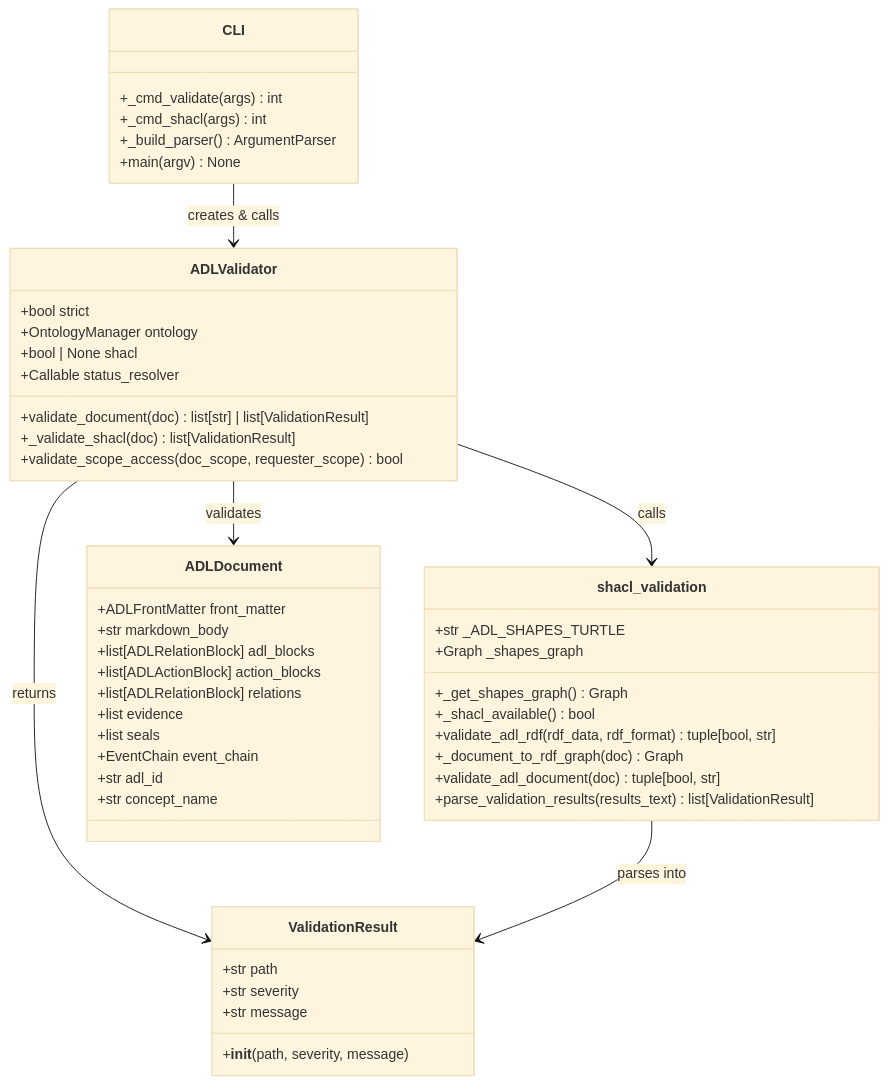
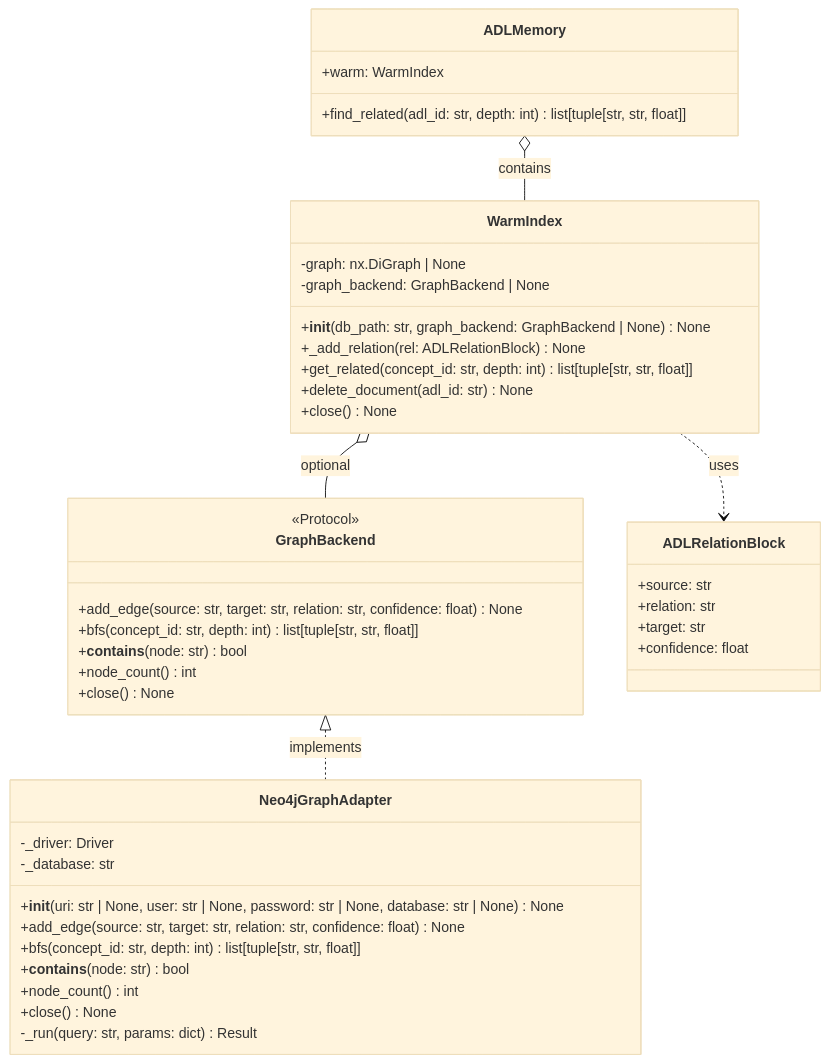
One commit to sunnyang1/adl-lite changed the first of 5 diagrams in docs/system_design.md. Above: the diagram before and after it, drawn with Mermaid (base theme). The commit also changed other lines of this file and 4 other files, not shown here.

Commit message:
docs: add F25 Neo4j adapter design docs and update Merkle anchor

````diff
--- a/docs/system_design.md
+++ b/docs/system_design.md
@@ -147,56 +90,50 @@
 ```mermaid
 classDiagram
-    class ValidationResult {
-        +str path
-        +str severity
-        +str message
-        +__init__(path, severity, message)
+    class GraphBackend {
+        <<Protocol>>
+        +add_edge(source: str, target: str, relation: str, confidence: float) None
+        +bfs(concept_id: str, depth: int) list[tuple[str, str, float]]
+        +__contains__(node: str) bool
+        +node_count() int
+        +close() None
     }
 
-    class ADLValidator {
-        +bool strict
-        +OntologyManager ontology
-        +bool | None shacl
-        +Callable status_resolver
-        +validate_document(doc) list[str] | list[ValidationResult]
-        +_validate_shacl(doc) list[ValidationResult]
-        +validate_scope_access(doc_scope, requester_scope) bool
+    class Neo4jGraphAdapter {
+        -_driver: Driver
+        -_database: str
+        +__init__(uri: str | None, user: str | None, password: str | None, database: str | None) None
+        +add_edge(source: str, target: str, relation: str, confidence: float) None
+        +bfs(concept_id: str, depth: int) list[tuple[str, str, float]]
+        +__contains__(node: str) bool
+        +node_count() int
+        +close() None
+        -_run(query: str, params: dict) Result
     }
 
-    class shacl_validation {
-        +str _ADL_SHAPES_TURTLE
-        +Graph _shapes_graph
-        +_get_shapes_graph() Graph
-        +_shacl_available() bool
-        +validate_adl_rdf(rdf_data, rdf_format) tuple[bool, str]
-        +_document_to_rdf_graph(doc) Graph
-        +validate_adl_document(doc) tuple[bool, str]
-        +parse_validation_results(results_text) list[ValidationResult]
+    class WarmIndex {
+        -graph: nx.DiGraph | None
+        -graph_backend: GraphBackend | None
+        +__init__(db_path: str, graph_backend: GraphBackend | None) None
+        +_add_relation(rel: ADLRelationBlock) None
+        +get_related(concept_id: str, depth: int) list[tuple[str, str, float]]
+        +delete_document(adl_id: str) None
+        +close() None
     }
 
-    class ADLDocument {
-        +ADLFrontMatter front_matter
-        +str markdown_body
-        +list[ADLRelationBlock] adl_blocks
-        +list[ADLActionBlock] action_blocks
-        +list[ADLRelationBlock] relations
-        +list evidence
-        +list seals
-        +EventChain event_chain
-        +str adl_id
-        +str concept_name
+    class ADLRelationBlock {
+        +source: str
+        +relation: str
+        +target: str
+        +confidence: float
     }
 
-    class CLI {
-        +_cmd_validate(args) int
-        +_cmd_shacl(args) int
-        +_build_parser() ArgumentParser
-        +main(argv) None
+    class ADLMemory {
+        +warm: WarmIndex
+        +find_related(adl_id: str, depth: int) list[tuple[str, str, float]]
     }
 
-    ADLValidator --> ValidationResult : returns
-    ADLValidator --> shacl_validation : calls
-    ADLValidator --> ADLDocument : validates
-    CLI --> ADLValidator : creates & calls
-    shacl_validation --> ValidationResult : parses into
+    GraphBackend <|.. Neo4jGraphAdapter : implements
+    WarmIndex o-- GraphBackend : optional
+    WarmIndex ..> ADLRelationBlock : uses
+    ADLMemory o-- WarmIndex : contains
 ```
````
